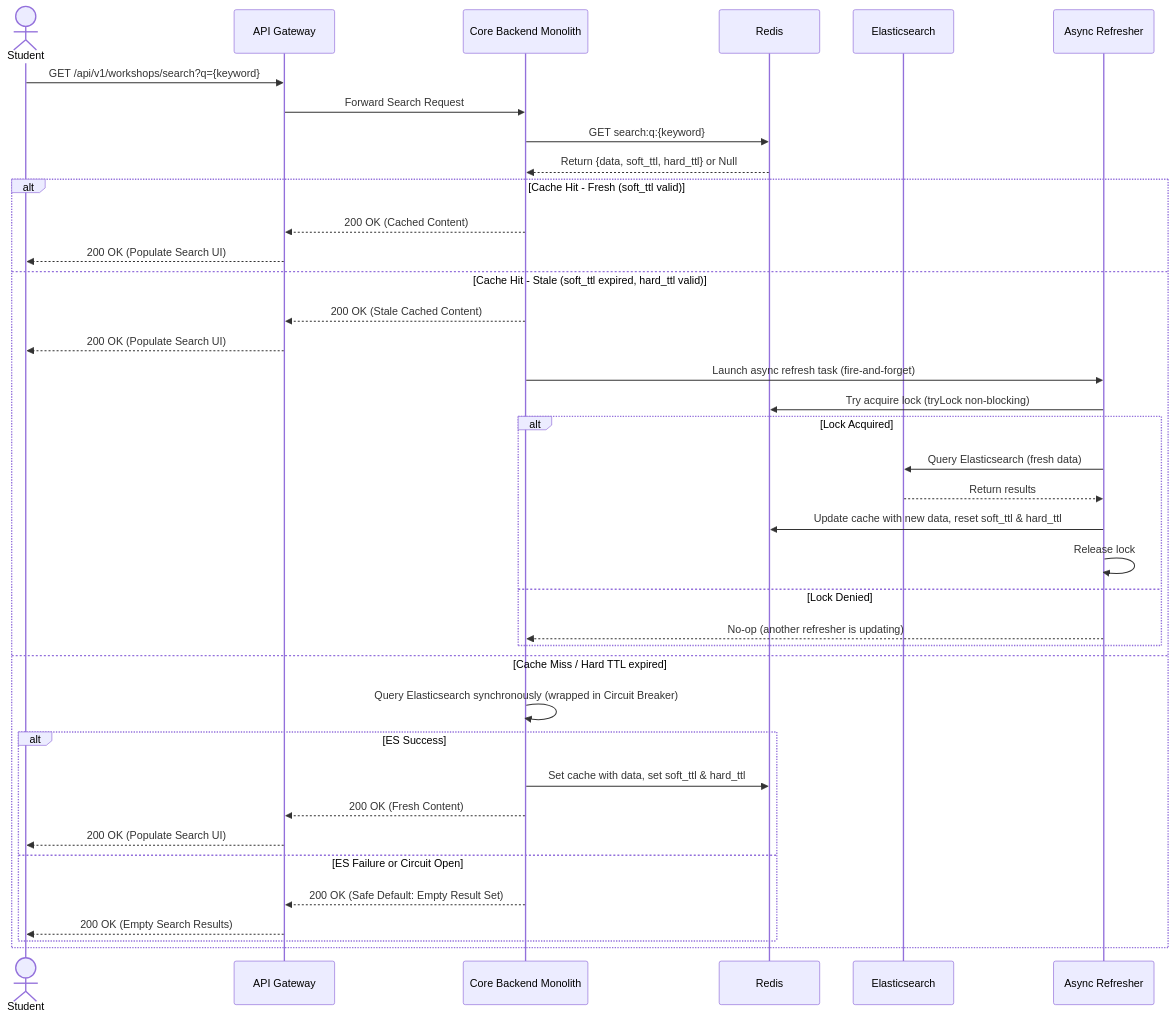
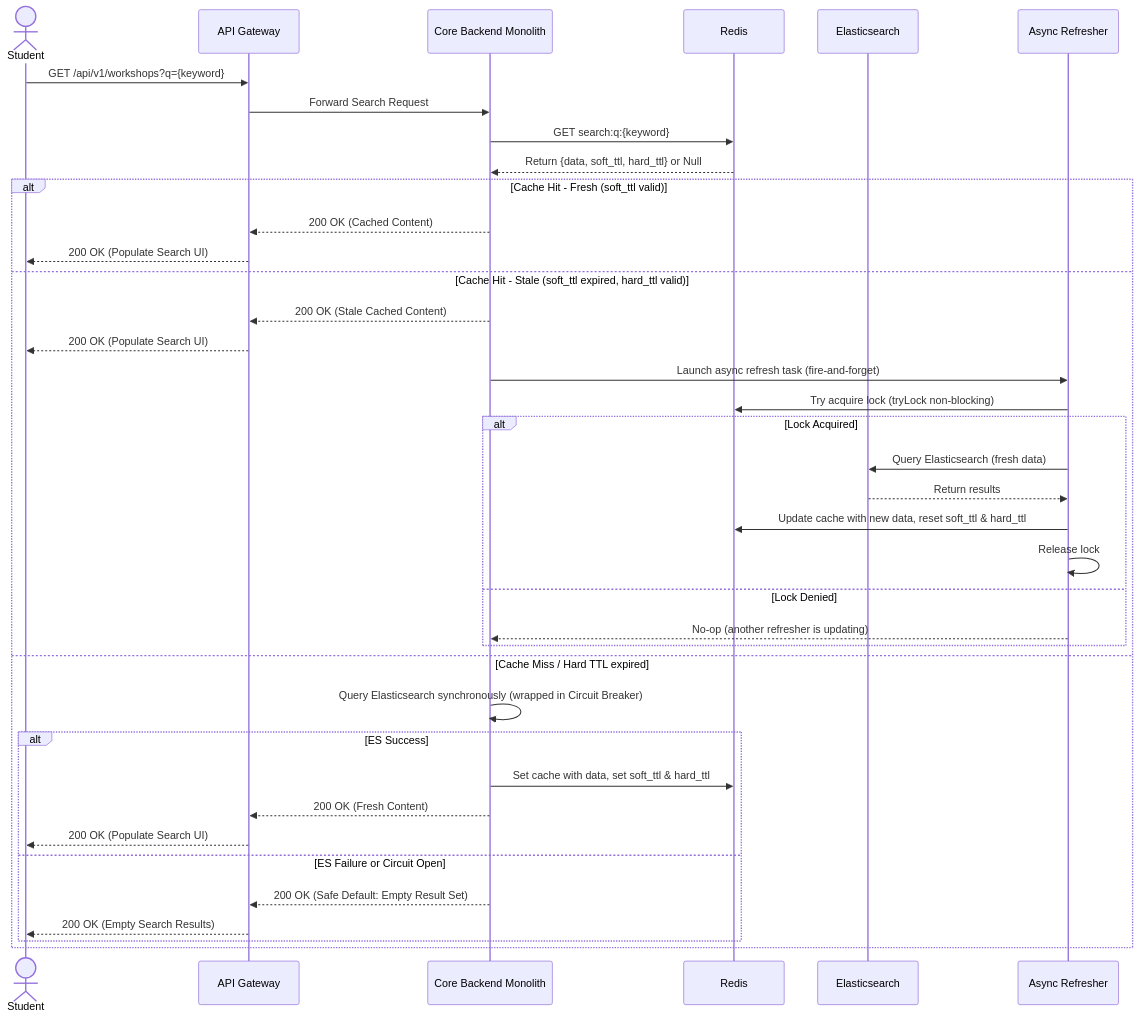
One commit to phatnguyen975/unihub-workshop changed the fourth of 14 diagrams in docs/system-design.md. Above: the diagram before and after it, drawn with Mermaid. The commit also changed other lines of this file and 67 other files, not shown here.

````diff
--- a/docs/system-design.md
+++ b/docs/system-design.md
@@ -602,44 +612,44 @@
 ```mermaid
 sequenceDiagram
   actor Student as Student
   participant GW as API Gateway
   participant API as Core Backend Monolith
   participant Cache as Redis
   participant ES as Elasticsearch
   participant Refresher as Async Refresher
 
-  Student->>GW: GET /api/v1/workshops/search?q={keyword}
+  Student->>GW: GET /api/v1/workshops?q={keyword}
   GW->>API: Forward Search Request
   API->>Cache: GET search:q:{keyword}
   Cache-->>API: Return {data, soft_ttl, hard_ttl} or Null
 
   alt Cache Hit - Fresh (soft_ttl valid)
     API-->>GW: 200 OK (Cached Content)
     GW-->>Student: 200 OK (Populate Search UI)
 
   else Cache Hit - Stale (soft_ttl expired, hard_ttl valid)
     API-->>GW: 200 OK (Stale Cached Content)
     GW-->>Student: 200 OK (Populate Search UI)
     API->>Refresher: Launch async refresh task (fire-and-forget)
     Refresher->>Cache: Try acquire lock (tryLock non-blocking)
     alt Lock Acquired
       Refresher->>ES: Query Elasticsearch (fresh data)
       ES-->>Refresher: Return results
       Refresher->>Cache: Update cache with new data, reset soft_ttl & hard_ttl
       Refresher->>Refresher: Release lock
     else Lock Denied
       Refresher-->>API: No-op (another refresher is updating)
     end
 
   else Cache Miss / Hard TTL expired
     API->>API: Query Elasticsearch synchronously (wrapped in Circuit Breaker)
     alt ES Success
       API->>Cache: Set cache with data, set soft_ttl & hard_ttl
       API-->>GW: 200 OK (Fresh Content)
       GW-->>Student: 200 OK (Populate Search UI)
     else ES Failure or Circuit Open
       API-->>GW: 200 OK (Safe Default: Empty Result Set)
       GW-->>Student: 200 OK (Empty Search Results)
     end
   end
 ```
````
